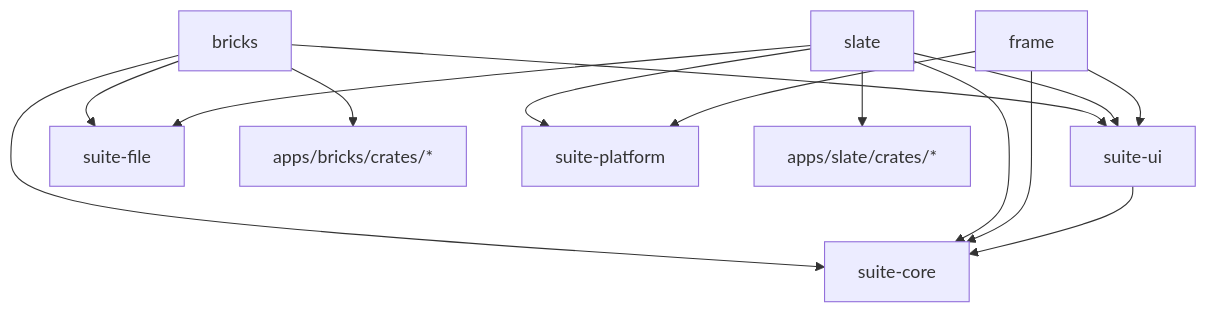
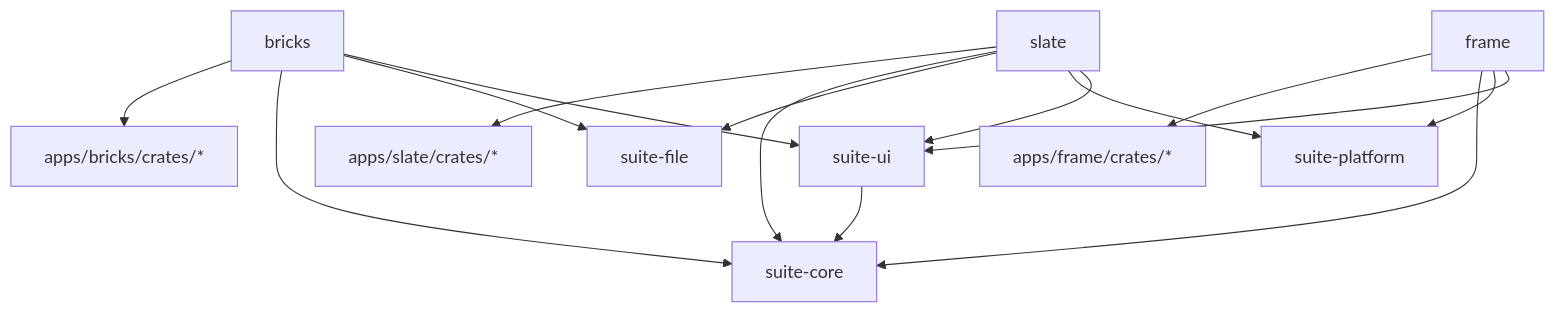
One commit to avdrav1/bricks changed the diagram in docs/architecture/overview.md. Above: the diagram before and after it, drawn with Mermaid. The commit also changed other lines of this file and 16 other files, not shown here.

````diff
--- a/docs/architecture/overview.md
+++ b/docs/architecture/overview.md
@@ -35,16 +35,17 @@
 ```mermaid
 graph TD
     bricks --> suite-ui
     bricks --> suite-file
     bricks --> suite-core
     bricks --> bricks-crates["apps/bricks/crates/*"]
     slate --> suite-ui
     slate --> suite-platform
     slate --> suite-file
     slate --> suite-core
     slate --> slate-crates["apps/slate/crates/*"]
     frame --> suite-ui
     frame --> suite-platform
     frame --> suite-core
+    frame --> frame-crates["apps/frame/crates/*"]
     suite-ui --> suite-core
 ```
````
